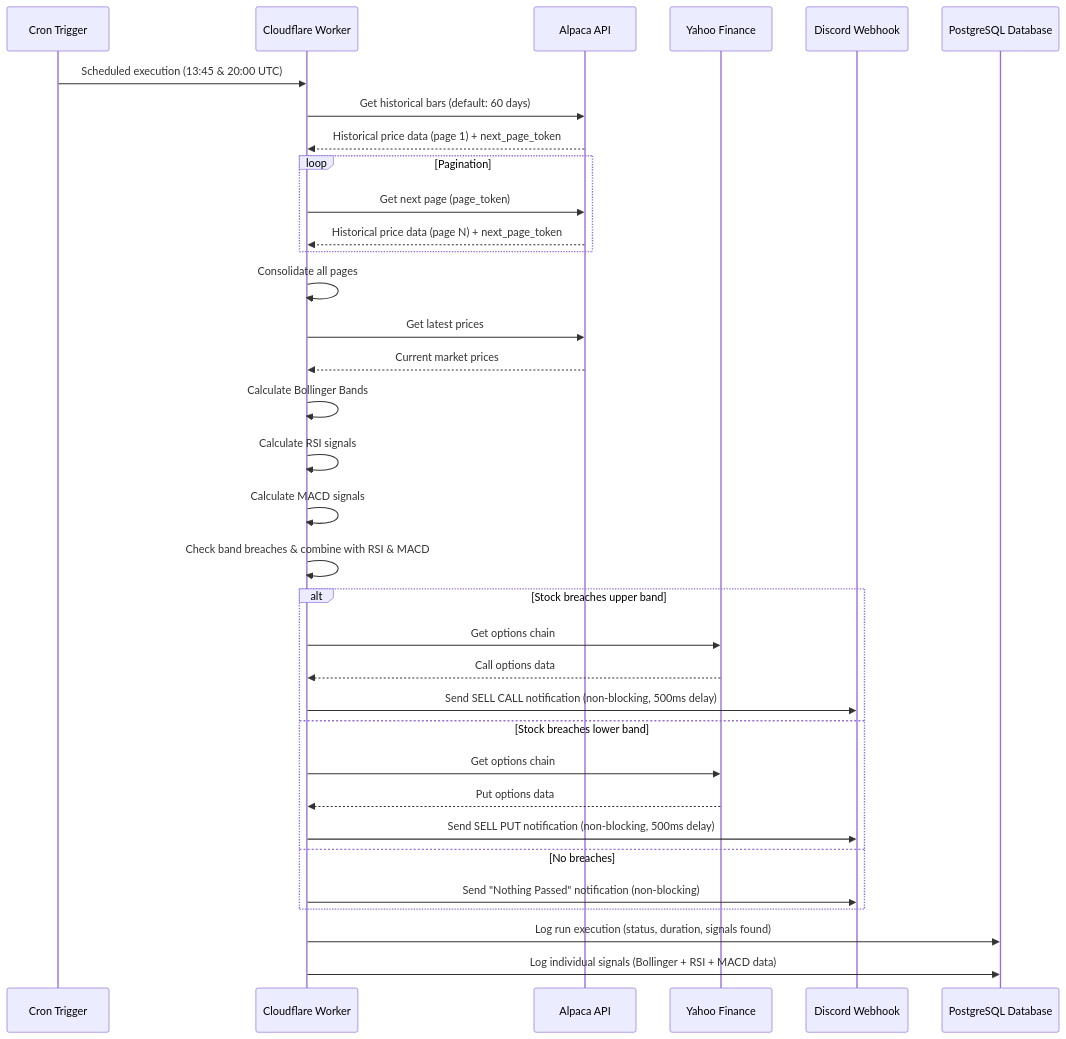
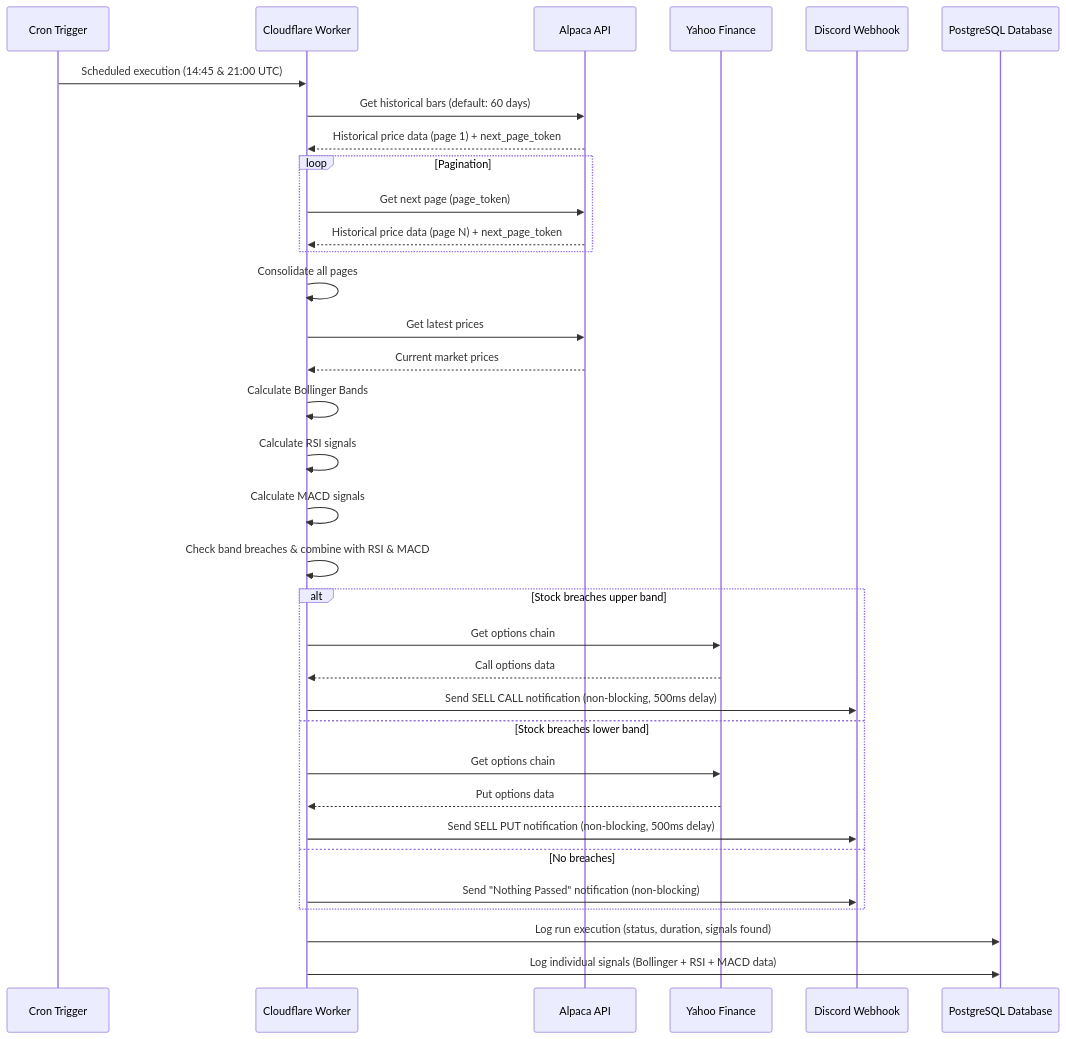
The second of 3 diagrams in ARCHITECTURE.md (k-dang/bollinger-checker), drawn with Mermaid before and after one commit. The commit also changed other lines of this file, not shown here.

Commit message:
chore: update architecture doc

````diff
--- a/ARCHITECTURE.md
+++ b/ARCHITECTURE.md
@@ -51,42 +51,42 @@
 ```mermaid
 sequenceDiagram
     participant Cron as Cron Trigger
     participant Worker as Cloudflare Worker
     participant Alpaca as Alpaca API
     participant Yahoo as Yahoo Finance
     participant Discord as Discord Webhook
     participant DB as PostgreSQL Database
 
-    Cron->>Worker: Scheduled execution (13:45 & 20:00 UTC)
+    Cron->>Worker: Scheduled execution (14:45 & 21:00 UTC)
 
     Worker->>Alpaca: Get historical bars (default: 60 days)
     Alpaca-->>Worker: Historical price data (page 1) + next_page_token
     loop Pagination
         Worker->>Alpaca: Get next page (page_token)
         Alpaca-->>Worker: Historical price data (page N) + next_page_token
     end
     Worker->>Worker: Consolidate all pages
 
     Worker->>Alpaca: Get latest prices
     Alpaca-->>Worker: Current market prices
 
     Worker->>Worker: Calculate Bollinger Bands
     Worker->>Worker: Calculate RSI signals
     Worker->>Worker: Calculate MACD signals
     Worker->>Worker: Check band breaches & combine with RSI & MACD
 
     alt Stock breaches upper band
         Worker->>Yahoo: Get options chain
         Yahoo-->>Worker: Call options data
         Worker->>Discord: Send SELL CALL notification (non-blocking, 500ms delay)
     else Stock breaches lower band
         Worker->>Yahoo: Get options chain
         Yahoo-->>Worker: Put options data
         Worker->>Discord: Send SELL PUT notification (non-blocking, 500ms delay)
     else No breaches
         Worker->>Discord: Send "Nothing Passed" notification (non-blocking)
     end
 
     Worker->>DB: Log run execution (status, duration, signals found)
     Worker->>DB: Log individual signals (Bollinger + RSI + MACD data)
 ```
````
